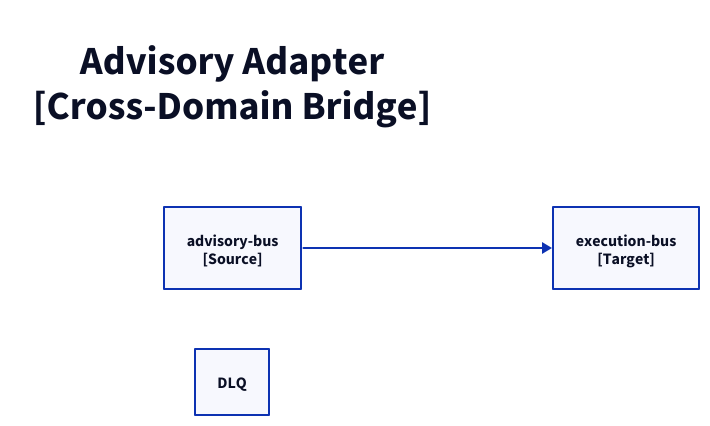
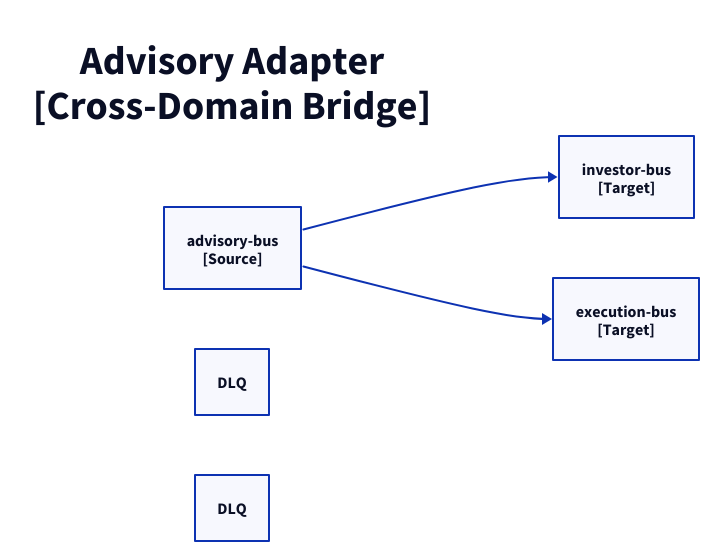
The diagram in docs/architecture/c3/advisory-adpt.d2 (fabio-vitali/nestfolio), drawn with D2 before and after one commit. The commit also changed 12 other files, not shown here.

Commit message:
fix: c4 diagrams fixes

```diff
--- a/docs/architecture/c3/advisory-adpt.d2
+++ b/docs/architecture/c3/advisory-adpt.d2
@@ -1,13 +1,17 @@
 direction: right
 
 title: "Advisory Adapter\n[Cross-Domain Bridge]" {
   style: { font-size: 40; bold: true; fill: transparent; stroke: transparent }
 }
 
 source: "advisory-bus\n[Source]" { class: aws-eventbridge }
 
+to-investor: "investor-bus\n[Target]" { class: aws-eventbridge }
+to-investor-dlq: "DLQ" { class: aws-dlq }
+source -> to-investor
+
 to-execution: "execution-bus\n[Target]" { class: aws-eventbridge }
 to-execution-dlq: "DLQ" { class: aws-dlq }
 source -> to-execution
 
 # Flows
```
